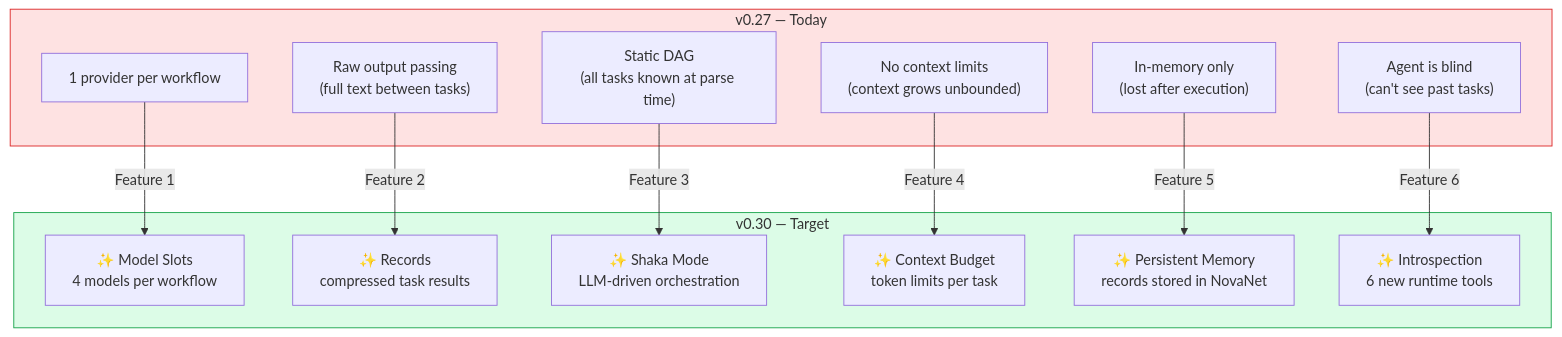
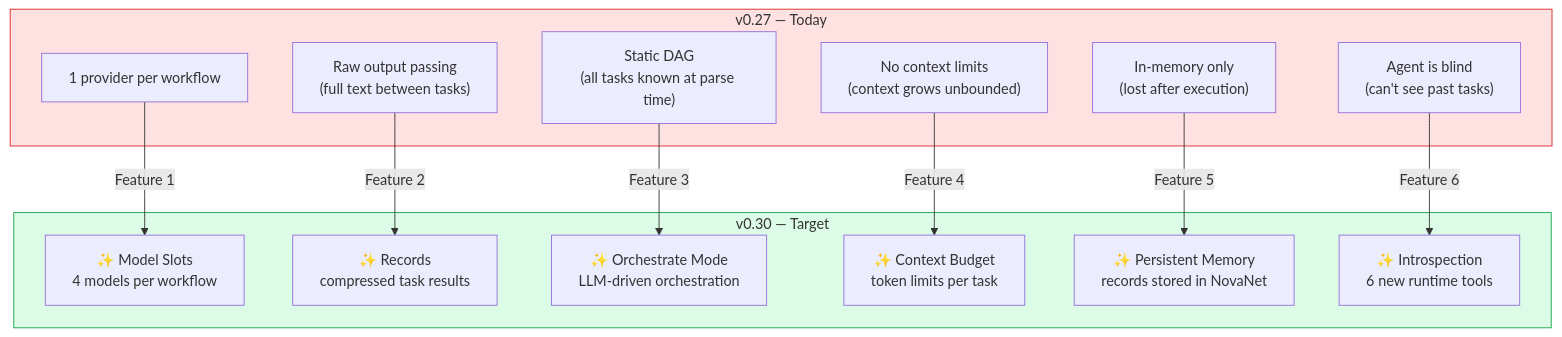
Before and after one commit to supernovae-st/nika: the fourth of 9 diagrams in docs/vision/08-nika-030-complete-guide.md, drawn with Mermaid. The commit also changed other lines of this file and 72 other files, not shown here.

````diff
--- a/docs/vision/08-nika-030-complete-guide.md
+++ b/docs/vision/08-nika-030-complete-guide.md
@@ -298,30 +298,30 @@
 ```mermaid
 flowchart TB
     subgraph TODAY["v0.27 — Today"]
         T1["1 provider per workflow"]
         T2["Raw output passing\n(full text between tasks)"]
         T3["Static DAG\n(all tasks known at parse time)"]
         T4["No context limits\n(context grows unbounded)"]
         T5["In-memory only\n(lost after execution)"]
         T6["Agent is blind\n(can't see past tasks)"]
     end
 
     subgraph TOMORROW["v0.30 — Target"]
         F1["✨ Model Slots\n4 models per workflow"]
         F2["✨ Records\ncompressed task results"]
-        F3["✨ Shaka Mode\nLLM-driven orchestration"]
+        F3["✨ Orchestrate Mode\nLLM-driven orchestration"]
         F4["✨ Context Budget\ntoken limits per task"]
         F5["✨ Persistent Memory\nrecords stored in NovaNet"]
         F6["✨ Introspection\n6 new runtime tools"]
     end
 
     T1 -->|"Feature 1"| F1
     T2 -->|"Feature 2"| F2
     T3 -->|"Feature 3"| F3
     T4 -->|"Feature 4"| F4
     T5 -->|"Feature 5"| F5
     T6 -->|"Feature 6"| F6
 
     style TODAY fill:#fee2e2,stroke:#dc2626
     style TOMORROW fill:#dcfce7,stroke:#16a34a
 ```
````
